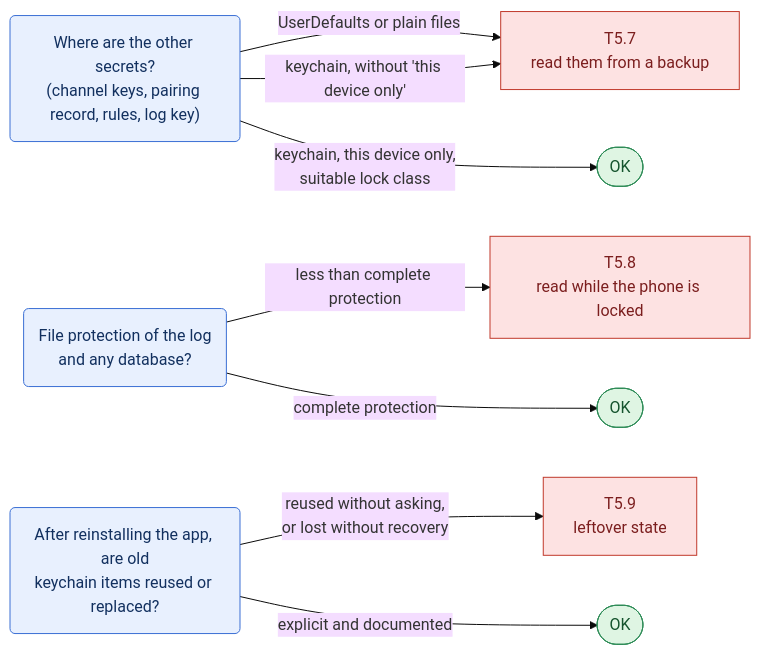
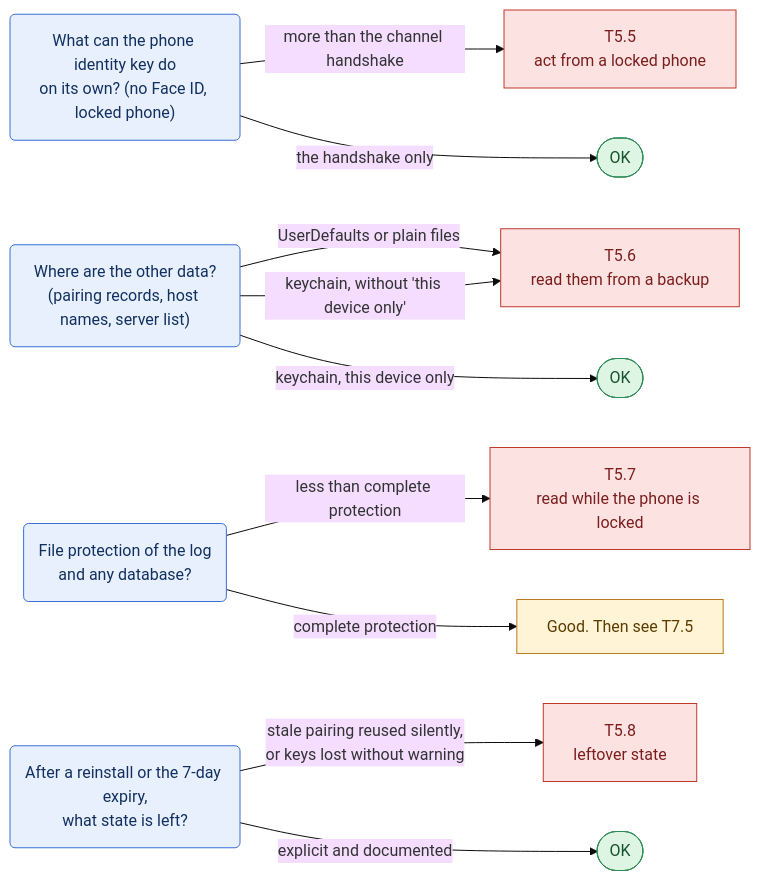
Before and after one commit to Samylay/sentry-key: diagram 13 of 17 in docs/red-team/README.md, drawn with Mermaid (base theme). The commit also changed other lines of this file and 1 other file, not shown here.

First line of the commit message:
Align red team guide with docs/ARCHITECTURE.md (prompt P-007)

````diff
--- a/docs/red-team/README.md
+++ b/docs/red-team/README.md
@@ -565,17 +534,20 @@
 ```mermaid
 flowchart LR
   classDef q fill:#e8f0fe,stroke:#3b6fd4,color:#12305f
   classDef atk fill:#fde2e2,stroke:#c0392b,color:#7b1e1e
   classDef ok fill:#dff5e3,stroke:#2e8b57,color:#14532d
   classDef note fill:#fff4d6,stroke:#b7791f,color:#5c3d00
-  q7("Where are the other secrets?<br/>(channel keys, pairing record, rules, log key)"):::q
-  q8("File protection of the log<br/>and any database?"):::q
-  q9("After reinstalling the app, are old<br/>keychain items reused or replaced?"):::q
-  q7 -->|"UserDefaults or plain files"| a7["T5.7<br/>read them from a backup"]:::atk
-  q7 -->|"keychain, without 'this device only'"| a7
-  q7 -->|"keychain, this device only,<br/>suitable lock class"| ok4(["OK"]):::ok
-  q8 -->|"less than complete protection"| a8["T5.8<br/>read while the phone is locked"]:::atk
-  q8 -->|"complete protection"| ok5(["OK"]):::ok
-  q9 -->|"reused without asking,<br/>or lost without recovery"| a9["T5.9<br/>leftover state"]:::atk
-  q9 -->|"explicit and documented"| ok6(["OK"]):::ok
+  q5("What can the phone identity key do<br/>on its own? (no Face ID, locked phone)"):::q
+  q6("Where are the other data?<br/>(pairing records, host names, server list)"):::q
+  q7("File protection of the log<br/>and any database?"):::q
+  q8("After a reinstall or the 7-day expiry,<br/>what state is left?"):::q
+  q5 -->|"more than the channel handshake"| a5["T5.5<br/>act from a locked phone"]:::atk
+  q5 -->|"the handshake only"| ok3(["OK"]):::ok
+  q6 -->|"UserDefaults or plain files"| a6["T5.6<br/>read them from a backup"]:::atk
+  q6 -->|"keychain, without 'this device only'"| a6
+  q6 -->|"keychain, this device only"| ok4(["OK"]):::ok
+  q7 -->|"less than complete protection"| a7["T5.7<br/>read while the phone is locked"]:::atk
+  q7 -->|"complete protection"| n2["Good. Then see T7.5"]:::note
+  q8 -->|"stale pairing reused silently,<br/>or keys lost without warning"| a8["T5.8<br/>leftover state"]:::atk
+  q8 -->|"explicit and documented"| ok5(["OK"]):::ok
 ```
````
